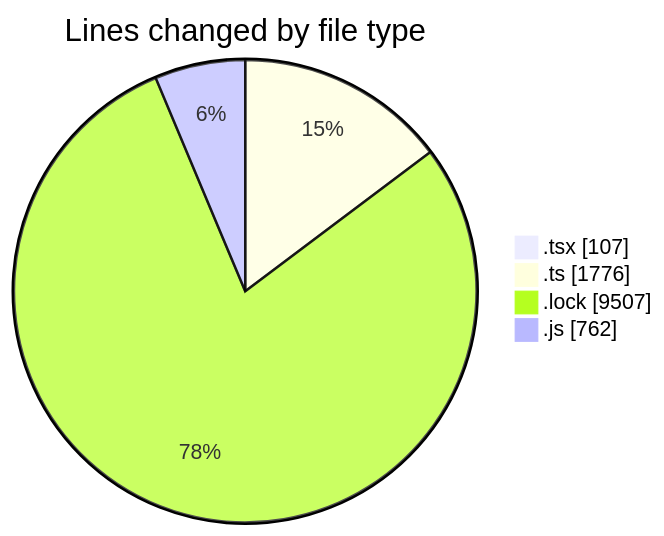
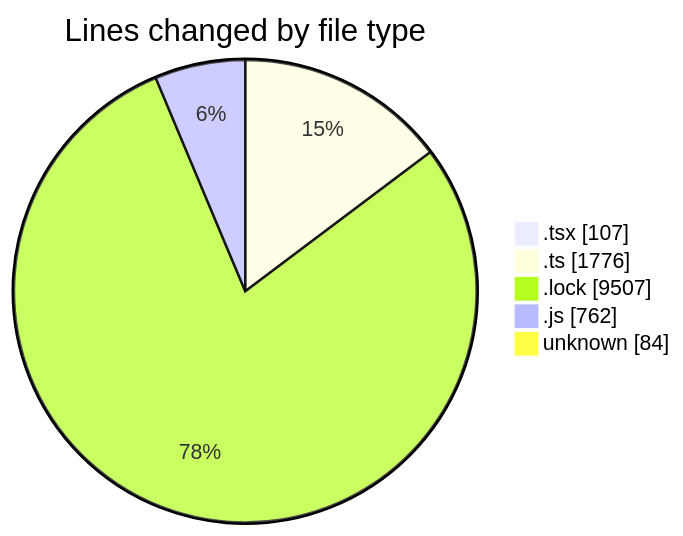
The first of 2 diagrams in 2026-02-18/cda/README.md (momahboobian/code-tracking), drawn with Mermaid before and after one commit. The commit also changed other lines of this file and 1 other file, not shown here.

````diff
--- a/2026-02-18/cda/README.md
+++ b/2026-02-18/cda/README.md
@@ -26,8 +27,9 @@
 ```mermaid
 pie showData
 title Lines changed by file type
 ".tsx" : 107
 ".ts" : 1776
 ".lock" : 9507
 ".js" : 762
+"unknown" : 84
 ```
````
